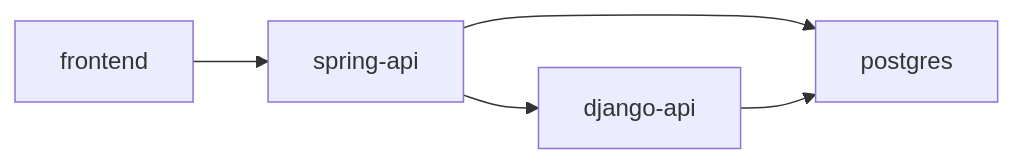
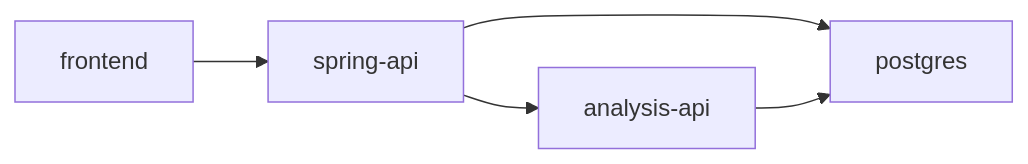
Before and after one commit to hanyeong0815/daipetto: the third of 5 diagrams in docs/10_Development_Environment 366d097bd4f78035ba4aef5e47b56378.md, drawn with Mermaid. The commit also changed other lines of this file and 69 other files, not shown here.

First line of the commit message:
feat(analysis): FastAPI analysis API behind a Spring relay

````diff
--- a/docs/10_Development_Environment 366d097bd4f78035ba4aef5e47b56378.md
+++ b/docs/10_Development_Environment 366d097bd4f78035ba4aef5e47b56378.md
@@ -411,19 +416,19 @@
 ```mermaid
 flowchart LR
 
 	A["frontend"]
 
 	B["spring-api"]
 
-	C["django-api"]
+	C["analysis-api"]
 
 	D["postgres"]
 
 	A --> B
 
 	B --> D
 
 	B --> C
 
 	C --> D
 ```
````
